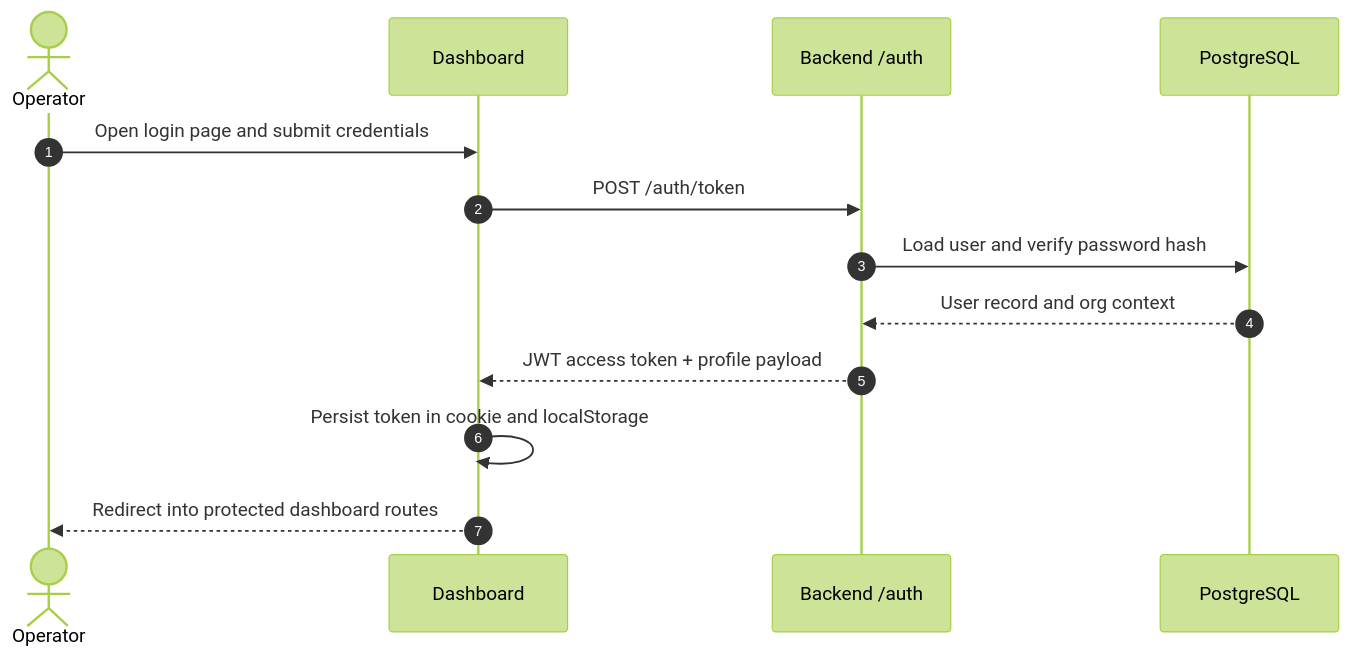
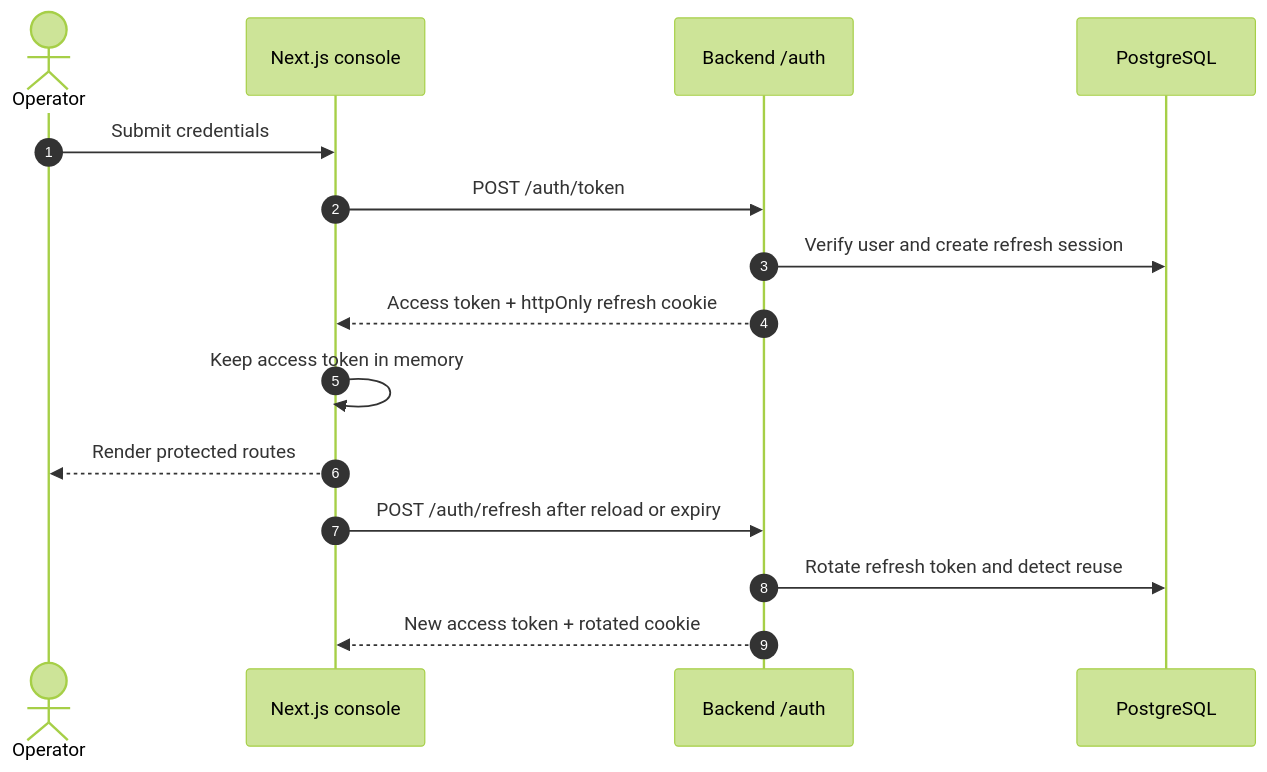
One commit to jayanth922/Sre-automation changed the diagram in docs/architecture/dashboard-login-sequence.mmd. Above: the diagram before and after it, drawn with Mermaid (forest theme). The commit also changed 742 other files, not shown here.

```diff
--- a/docs/architecture/dashboard-login-sequence.mmd
+++ b/docs/architecture/dashboard-login-sequence.mmd
@@ -1,14 +1,16 @@
 sequenceDiagram
     autonumber
-    actor Operator as Operator
-    participant Browser as Dashboard
+    actor Operator
+    participant Browser as Next.js console
     participant Auth as Backend /auth
     participant Store as PostgreSQL
 
-    Operator->>Browser: Open login page and submit credentials
+    Operator->>Browser: Submit credentials
     Browser->>Auth: POST /auth/token
-    Auth->>Store: Load user and verify password hash
-    Store-->>Auth: User record and org context
-    Auth-->>Browser: JWT access token + profile payload
-    Browser->>Browser: Persist token in cookie and localStorage
-    Browser-->>Operator: Redirect into protected dashboard routes
+    Auth->>Store: Verify user and create refresh session
+    Auth-->>Browser: Access token + httpOnly refresh cookie
+    Browser->>Browser: Keep access token in memory
+    Browser-->>Operator: Render protected routes
+    Browser->>Auth: POST /auth/refresh after reload or expiry
+    Auth->>Store: Rotate refresh token and detect reuse
+    Auth-->>Browser: New access token + rotated cookie
```
